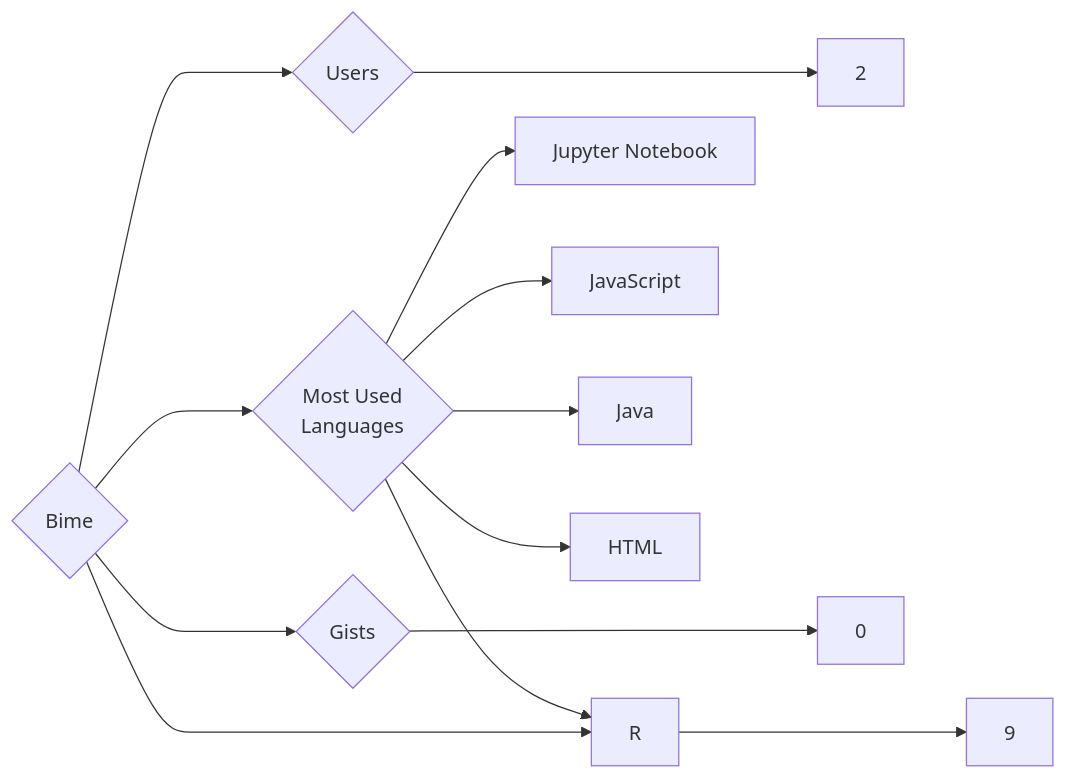
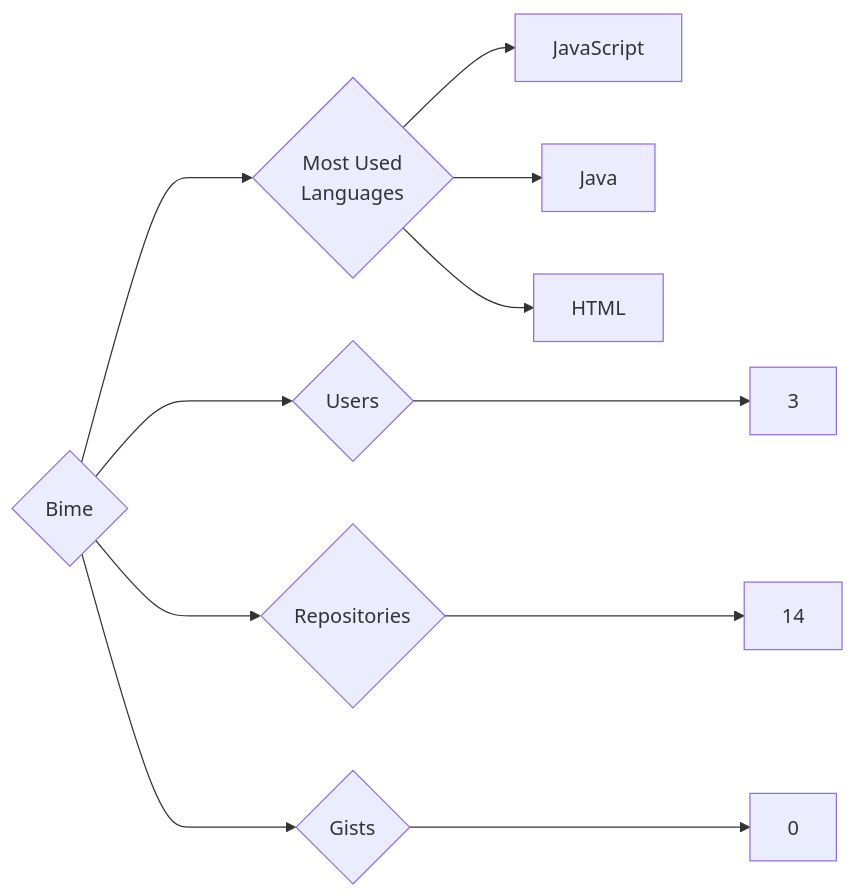
The diagram in targets/Bime/README.md (trickest/insiders), drawn with Mermaid before and after one commit. The commit also changed 837 other files, not shown here.

````diff
--- a/targets/Bime/README.md
+++ b/targets/Bime/README.md
@@ -3,13 +3,11 @@
 ```mermaid
 graph LR
 COMPANY_NAME{Bime}
-COMPANY_NAME ---> U{Users} ---> UN[2]
-COMPANY_NAME ---> R{Repositories} ---> RN[9]
+COMPANY_NAME ---> U{Users} ---> UN[3]
+COMPANY_NAME ---> R{Repositories} ---> RN[14]
 COMPANY_NAME ---> G{Gists} ---> GN[0]
 COMPANY_NAME ---> ML{Most Used<br>Languages}
-ML --> Jupyter_Notebook[Jupyter Notebook]
 ML --> JavaScript[JavaScript]
-ML --> R[R]
 ML --> Java[Java]
 ML --> HTML[HTML]
 ```
````
